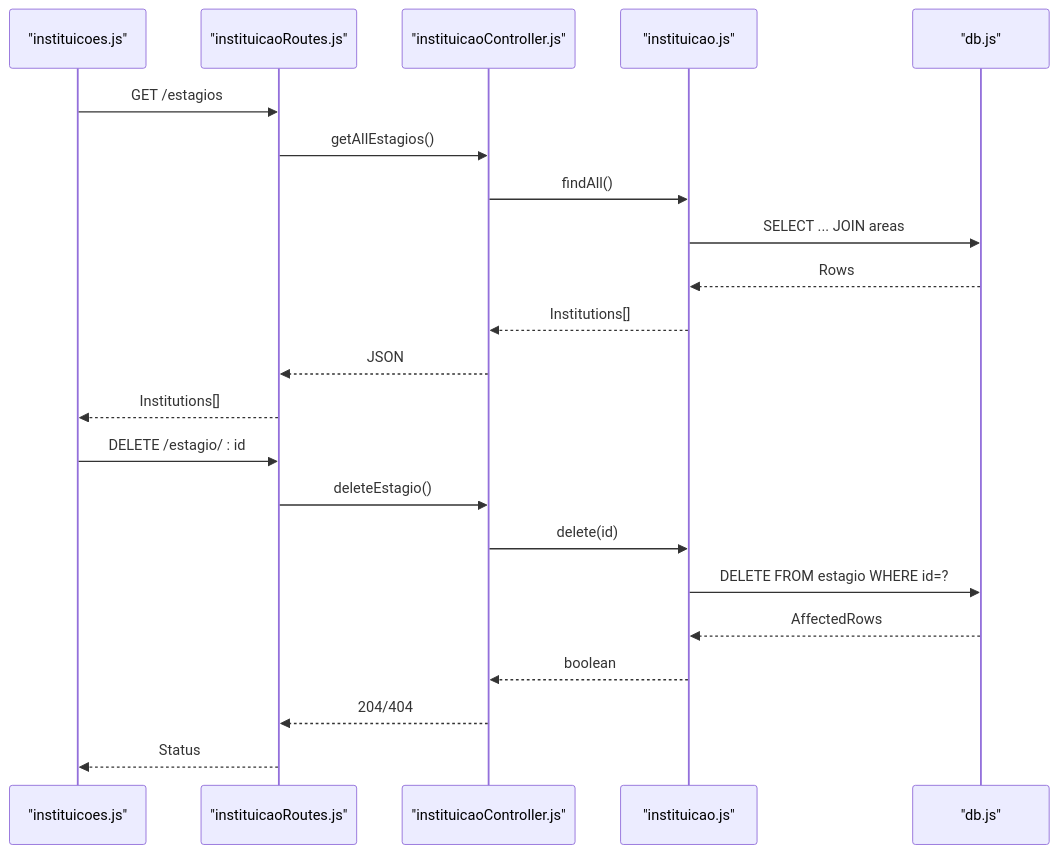
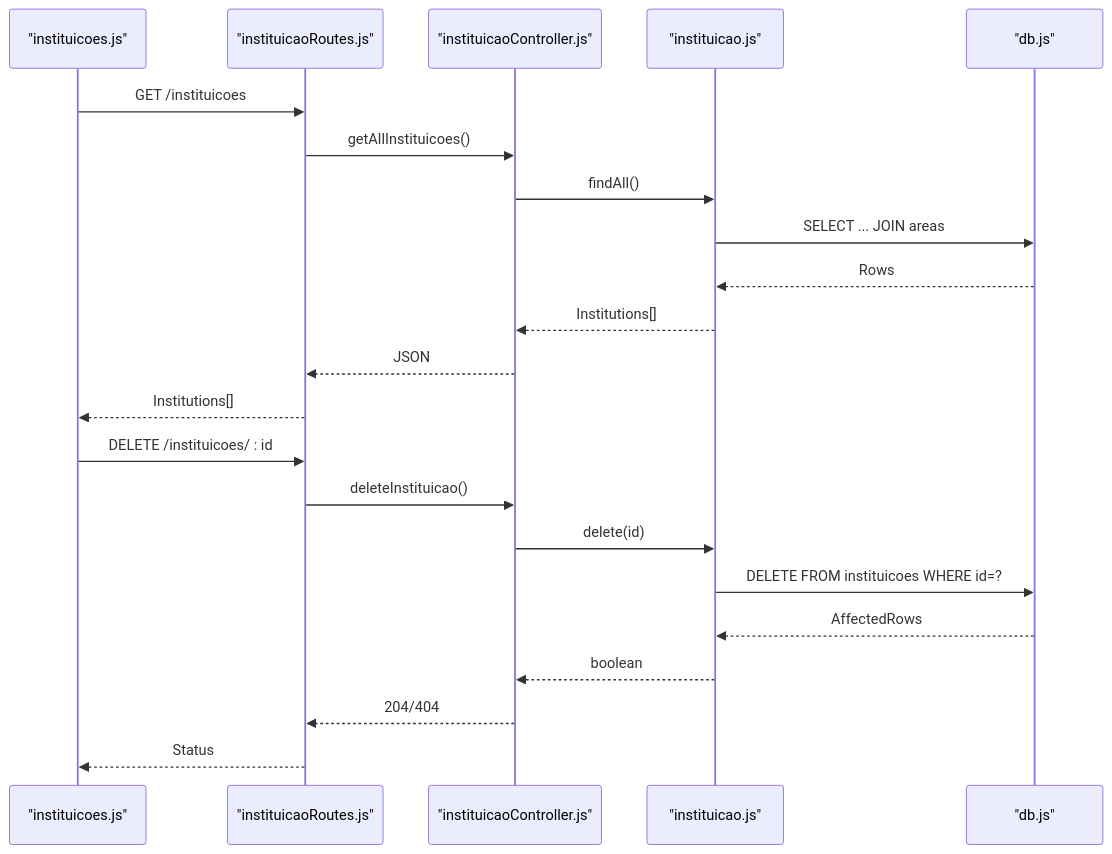
Before and after one commit to luiseduacosta/nodemural: the third of 8 diagrams in .qoder/repowiki/en/content/Core Features Implementation/Internship Management.md, drawn with Mermaid. The commit also changed other lines of this file and 27 other files, not shown here.

````diff
--- a/.qoder/repowiki/en/content/Core Features Implementation/Internship Management.md
+++ b/.qoder/repowiki/en/content/Core Features Implementation/Internship Management.md
@@ -191,24 +200,24 @@
 ```mermaid
 sequenceDiagram
 participant FE_List as "instituicoes.js"
 participant Router as "instituicaoRoutes.js"
 participant Ctrl as "instituicaoController.js"
 participant Model as "instituicao.js"
 participant DB as "db.js"
-FE_List->>Router : GET /estagios
-Router->>Ctrl : getAllEstagios()
+FE_List->>Router : GET /instituicoes
+Router->>Ctrl : getAllInstituicoes()
 Ctrl->>Model : findAll()
 Model->>DB : SELECT ... JOIN areas
 DB-->>Model : Rows
 Model-->>Ctrl : Institutions[]
 Ctrl-->>Router : JSON
 Router-->>FE_List : Institutions[]
-FE_List->>Router : DELETE /estagio/ : id
-Router->>Ctrl : deleteEstagio()
+FE_List->>Router : DELETE /instituicoes/ : id
+Router->>Ctrl : deleteInstituicao()
 Ctrl->>Model : delete(id)
-Model->>DB : DELETE FROM estagio WHERE id=?
+Model->>DB : DELETE FROM instituicoes WHERE id=?
 DB-->>Model : AffectedRows
 Model-->>Ctrl : boolean
 Ctrl-->>Router : 204/404
 Router-->>FE_List : Status
 ```
````
